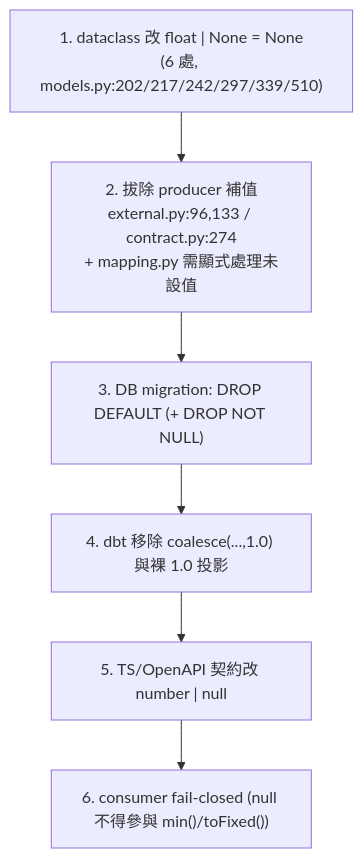
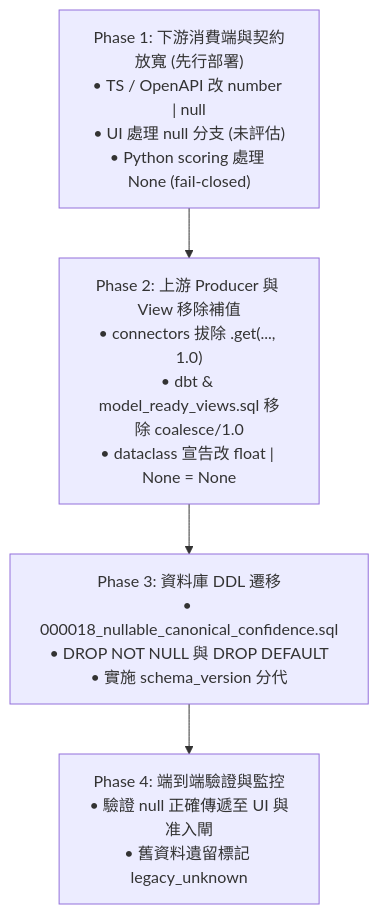
Before and after one commit to alfloop-dev/odayplus: the second of 2 diagrams in docs/evidence/ODP_CANONICAL_MEASUREMENT_LINEAGE_2026-09-03.md, drawn with Mermaid. The commit also changed other lines of this file, not shown here.

First line of the commit message:
ODP-CANONICAL-LEGACY-LINEAGE-001: complete lineage report review fixes

````diff
--- a/docs/evidence/ODP_CANONICAL_MEASUREMENT_LINEAGE_2026-09-03.md
+++ b/docs/evidence/ODP_CANONICAL_MEASUREMENT_LINEAGE_2026-09-03.md
@@ -359,10 +322,20 @@
 ```mermaid
 flowchart TD
-    N1["1. dataclass 改 float | None = None\n(6 處, models.py:202/217/242/297/339/510)"]
-    N2["2. 拔除 producer 補值\nexternal.py:96,133 / contract.py:274\n+ mapping.py 需顯式處理未設值"]
-    N3["3. DB migration: DROP DEFAULT (+ DROP NOT NULL)"]
-    N4["4. dbt 移除 coalesce(...,1.0) 與裸 1.0 投影"]
-    N5["5. TS/OpenAPI 契約改 number | null"]
-    N6["6. consumer fail-closed (null 不得參與 min()/toFixed())"]
-    N1 --> N2 --> N3 --> N4 --> N5 --> N6
+    P1["Phase 1: 下游消費端與契約放寬 (先行部署)
+• TS / OpenAPI 改 number | null
+• UI 處理 null 分支 (未評估)
+• Python scoring 處理 None (fail-closed)"]
+    P2["Phase 2: 上游 Producer 與 View 移除補值
+• connectors 拔除 .get(..., 1.0)
+• dbt & model_ready_views.sql 移除 coalesce/1.0
+• dataclass 宣告改 float | None = None"]
+    P3["Phase 3: 資料庫 DDL 遷移
+• 000018_nullable_canonical_confidence.sql
+• DROP NOT NULL 與 DROP DEFAULT
+• 實施 schema_version 分代"]
+    P4["Phase 4: 端到端驗證與監控
+• 驗證 null 正確傳遞至 UI 與准入閘
+• 舊資料遺留標記 legacy_unknown"]
+
+    P1 --> P2 --> P3 --> P4
 ```
````
